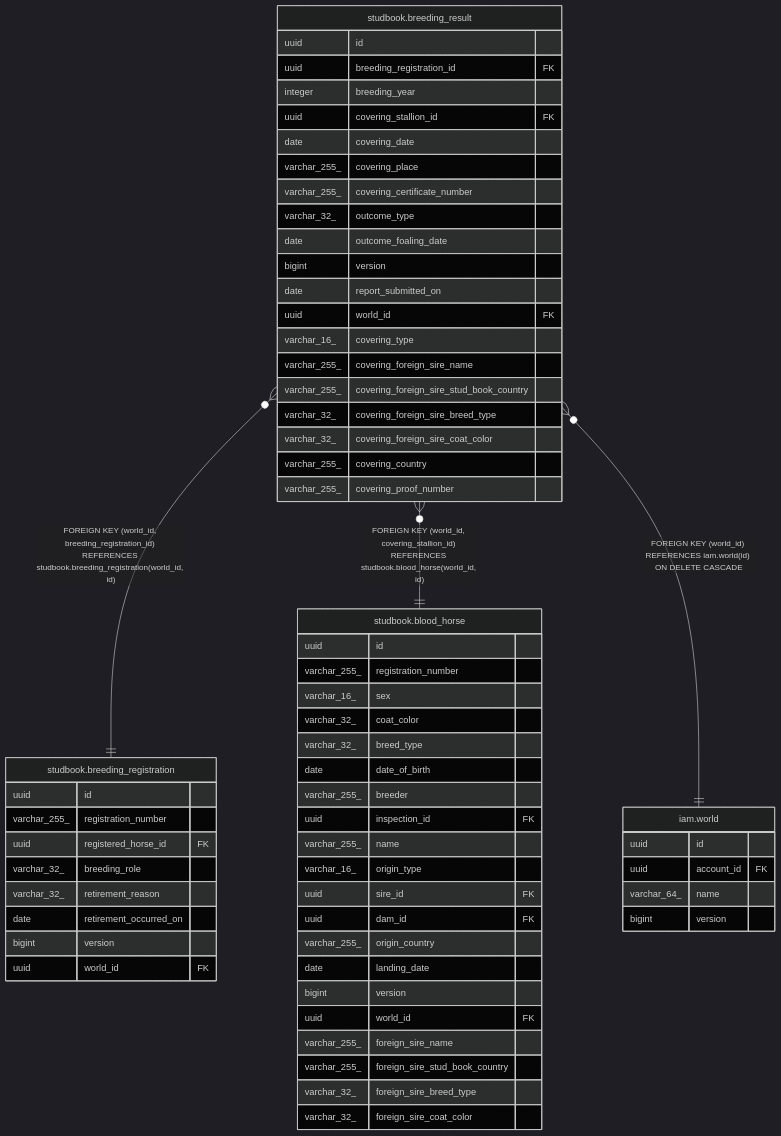
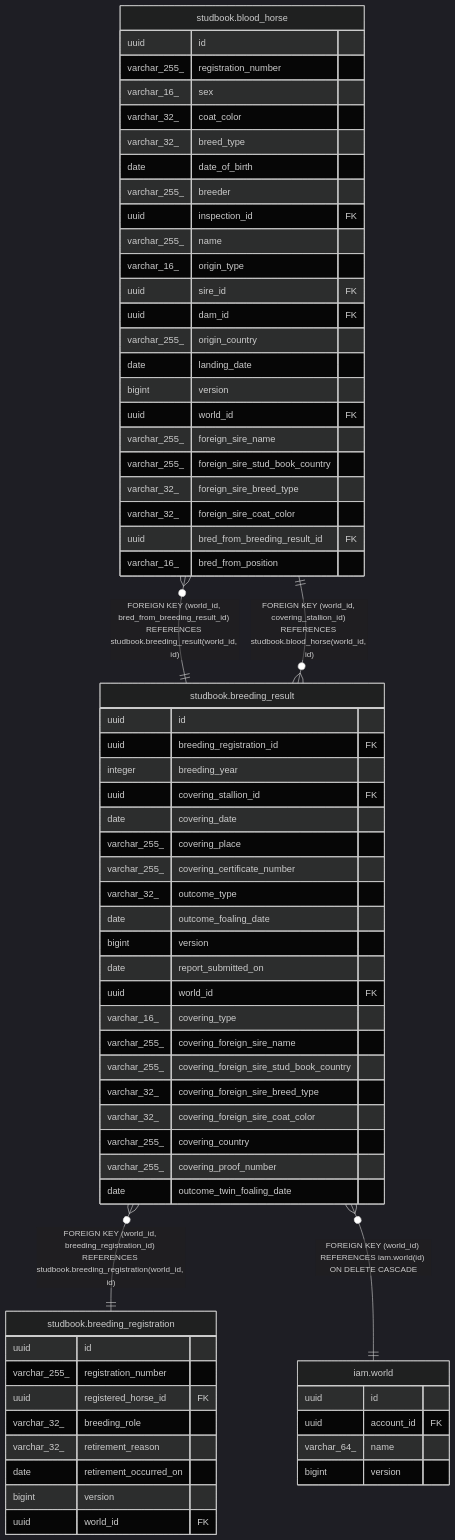
One commit to ptiringo/toy-box changed the diagram in dbdoc/studbook.breeding_result.md. Above: the diagram before and after it, drawn with Mermaid (dark theme). The commit also changed other lines of this file and 19 other files, not shown here.

````diff
--- a/dbdoc/studbook.breeding_result.md
+++ b/dbdoc/studbook.breeding_result.md
@@ -64,67 +66,71 @@
 ```mermaid
 erDiagram
 
+"studbook.blood_horse" }o--|| "studbook.breeding_result" : "FOREIGN KEY (world_id, bred_from_breeding_result_id) REFERENCES studbook.breeding_result(world_id, id)"
 "studbook.breeding_result" }o--|| "studbook.breeding_registration" : "FOREIGN KEY (world_id, breeding_registration_id) REFERENCES studbook.breeding_registration(world_id, id)"
 "studbook.breeding_result" }o--|| "studbook.blood_horse" : "FOREIGN KEY (world_id, covering_stallion_id) REFERENCES studbook.blood_horse(world_id, id)"
 "studbook.breeding_result" }o--|| "iam.world" : "FOREIGN KEY (world_id) REFERENCES iam.world(id) ON DELETE CASCADE"
 
 "studbook.breeding_result" {
   uuid id
   uuid breeding_registration_id FK
   integer breeding_year
   uuid covering_stallion_id FK
   date covering_date
   varchar_255_ covering_place
   varchar_255_ covering_certificate_number
   varchar_32_ outcome_type
   date outcome_foaling_date
   bigint version
   date report_submitted_on
   uuid world_id FK
   varchar_16_ covering_type
   varchar_255_ covering_foreign_sire_name
   varchar_255_ covering_foreign_sire_stud_book_country
   varchar_32_ covering_foreign_sire_breed_type
   varchar_32_ covering_foreign_sire_coat_color
   varchar_255_ covering_country
   varchar_255_ covering_proof_number
-}
-"studbook.breeding_registration" {
-  uuid id
-  varchar_255_ registration_number
-  uuid registered_horse_id FK
-  varchar_32_ breeding_role
-  varchar_32_ retirement_reason
-  date retirement_occurred_on
-  bigint version
-  uuid world_id FK
+  date outcome_twin_foaling_date
 }
 "studbook.blood_horse" {
   uuid id
   varchar_255_ registration_number
   varchar_16_ sex
   varchar_32_ coat_color
   varchar_32_ breed_type
   date date_of_birth
   varchar_255_ breeder
   uuid inspection_id FK
   varchar_255_ name
   varchar_16_ origin_type
   uuid sire_id FK
   uuid dam_id FK
   varchar_255_ origin_country
   date landing_date
   bigint version
   uuid world_id FK
   varchar_255_ foreign_sire_name
   varchar_255_ foreign_sire_stud_book_country
   varchar_32_ foreign_sire_breed_type
   varchar_32_ foreign_sire_coat_color
+  uuid bred_from_breeding_result_id FK
+  varchar_16_ bred_from_position
+}
+"studbook.breeding_registration" {
+  uuid id
+  varchar_255_ registration_number
+  uuid registered_horse_id FK
+  varchar_32_ breeding_role
+  varchar_32_ retirement_reason
+  date retirement_occurred_on
+  bigint version
+  uuid world_id FK
 }
 "iam.world" {
   uuid id
   uuid account_id FK
   varchar_64_ name
   bigint version
 }
 ```
````
